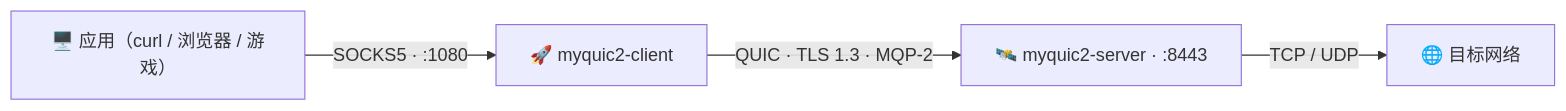
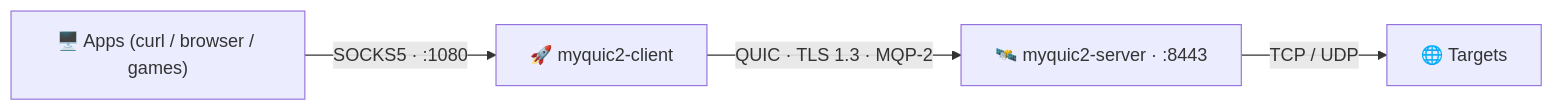
Before and after one commit to Terutoki/MyQUIC2: the diagram in README.md, drawn with Mermaid. The commit also changed other lines of this file, not shown here.

````diff
--- a/README.md
+++ b/README.md
@@ -40,6 +40,6 @@
 ```mermaid
 flowchart LR
-    APP["🖥️ 应用（curl / 浏览器 / 游戏）"] -->|"SOCKS5 · :1080"| C["🚀 myquic2-client"]
+    APP["🖥️ Apps (curl / browser / games)"] -->|"SOCKS5 · :1080"| C["🚀 myquic2-client"]
     C -->|"QUIC · TLS 1.3 · MQP-2"| S["🛰️ myquic2-server · :8443"]
-    S -->|"TCP / UDP"| NET["🌐 目标网络"]
+    S -->|"TCP / UDP"| NET["🌐 Targets"]
 ```
````
